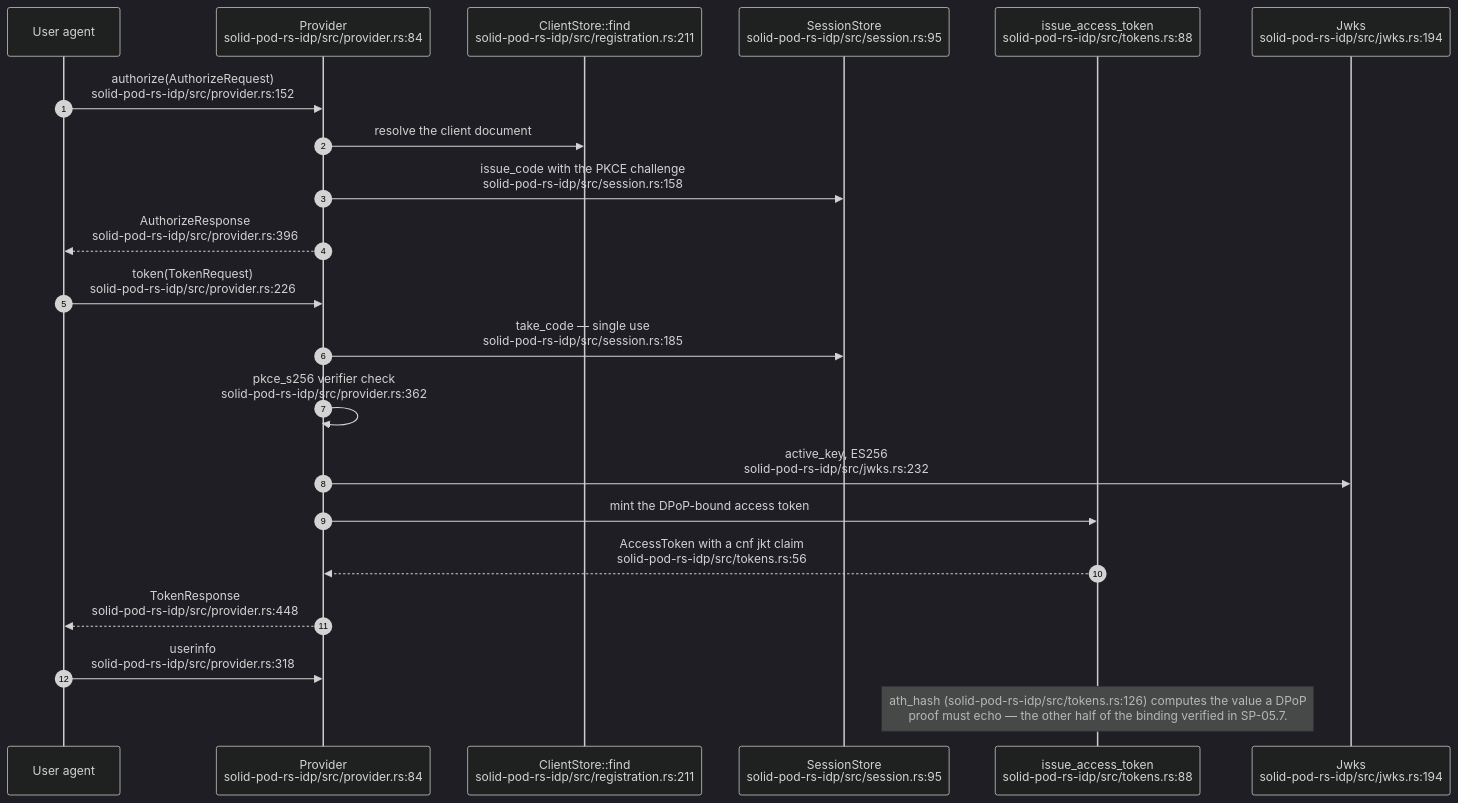
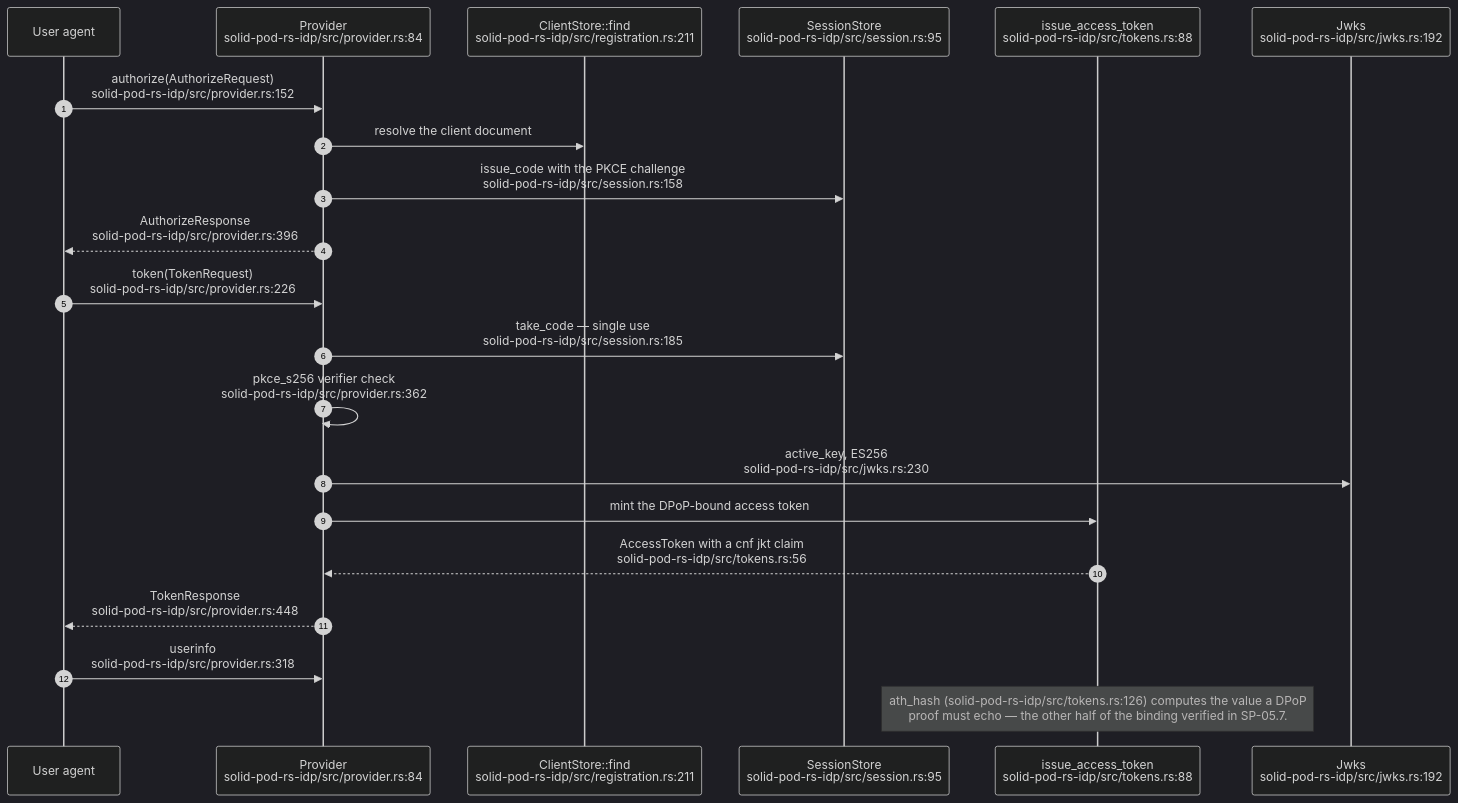
Diagram 13 of 18 in docs/diagrams/solid-pod-rs/05-identity-nip98-did-oidc.md (DreamLab-AI/VisionFlow), drawn with Mermaid (dark theme) before and after one commit. The commit also changed other lines of this file and 142 other files, not shown here.

First line of the commit message:
docs(diagrams): one System One route; re-verify 140 topics at today's heads

````diff
--- a/docs/diagrams/solid-pod-rs/05-identity-nip98-did-oidc.md
+++ b/docs/diagrams/solid-pod-rs/05-identity-nip98-did-oidc.md
@@ -419,24 +419,24 @@
 ```mermaid
 sequenceDiagram
     autonumber
     participant U as User agent
     participant P as Provider<br/>solid-pod-rs-idp/src/provider.rs:84
     participant CS as ClientStore::find<br/>solid-pod-rs-idp/src/registration.rs:211
     participant SS as SessionStore<br/>solid-pod-rs-idp/src/session.rs:95
     participant T as issue_access_token<br/>solid-pod-rs-idp/src/tokens.rs:88
-    participant J as Jwks<br/>solid-pod-rs-idp/src/jwks.rs:194
+    participant J as Jwks<br/>solid-pod-rs-idp/src/jwks.rs:192
 
     U->>P: authorize(AuthorizeRequest)<br/>solid-pod-rs-idp/src/provider.rs:152
     P->>CS: resolve the client document
     P->>SS: issue_code with the PKCE challenge<br/>solid-pod-rs-idp/src/session.rs:158
     P-->>U: AuthorizeResponse<br/>solid-pod-rs-idp/src/provider.rs:396
     U->>P: token(TokenRequest)<br/>solid-pod-rs-idp/src/provider.rs:226
     P->>SS: take_code — single use<br/>solid-pod-rs-idp/src/session.rs:185
     P->>P: pkce_s256 verifier check<br/>solid-pod-rs-idp/src/provider.rs:362
-    P->>J: active_key, ES256<br/>solid-pod-rs-idp/src/jwks.rs:232
+    P->>J: active_key, ES256<br/>solid-pod-rs-idp/src/jwks.rs:230
     P->>T: mint the DPoP-bound access token
     T-->>P: AccessToken with a cnf jkt claim<br/>solid-pod-rs-idp/src/tokens.rs:56
     P-->>U: TokenResponse<br/>solid-pod-rs-idp/src/provider.rs:448
     U->>P: userinfo<br/>solid-pod-rs-idp/src/provider.rs:318
     Note over T: ath_hash (solid-pod-rs-idp/src/tokens.rs:126) computes the value a DPoP<br/>proof must echo — the other half of the binding verified in SP-05.7.
 ```
````
